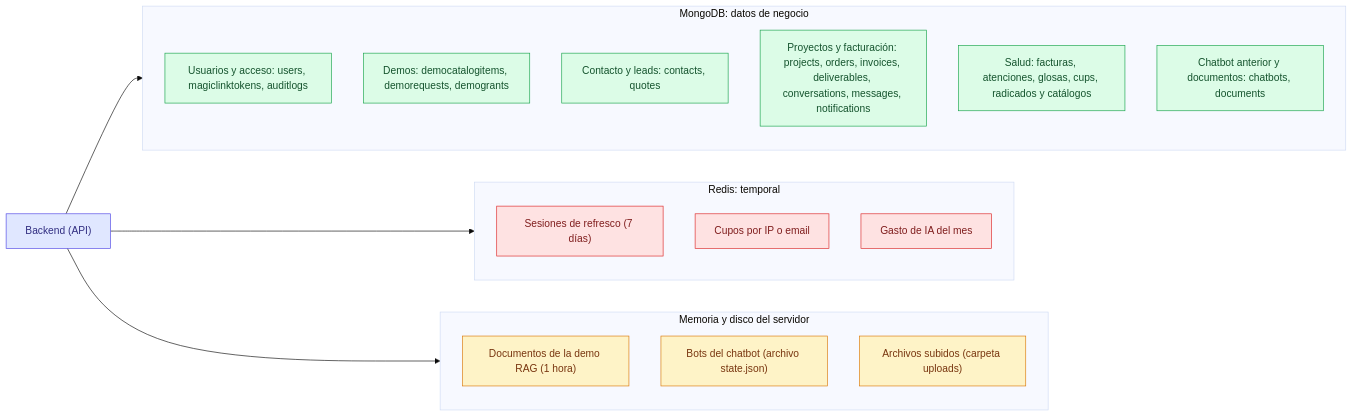
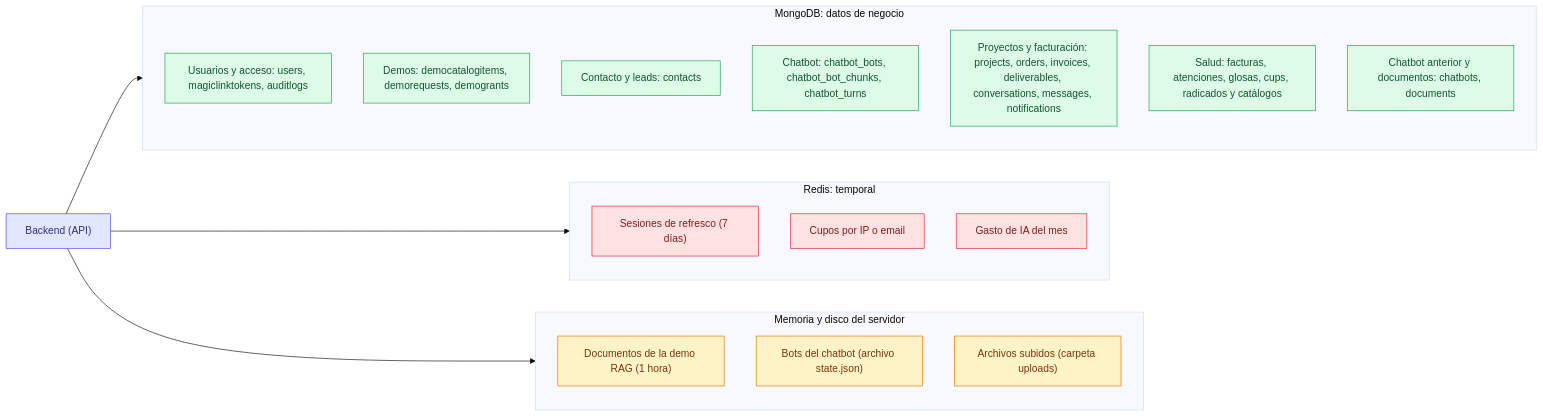
Before and after one commit to ronalc90/koptup: the first of 13 diagrams in docs/wiki/Doc-09-Modelos-de-Datos.md, drawn with Mermaid (base theme). The commit also changed other lines of this file and 245 other files, not shown here.

````diff
--- a/docs/wiki/Doc-09-Modelos-de-Datos.md
+++ b/docs/wiki/Doc-09-Modelos-de-Datos.md
@@ -26,34 +26,35 @@
 ```mermaid
 flowchart LR
     classDef mongo fill:#dcfce7,stroke:#16a34a,color:#14532d
     classDef redis fill:#fee2e2,stroke:#dc2626,color:#7f1d1d
     classDef mem fill:#fef3c7,stroke:#d97706,color:#78350f
     classDef api fill:#e0e7ff,stroke:#4f46e5,color:#312e81
 
     API["Backend (API)"]:::api
 
     subgraph MONGO["MongoDB: datos de negocio"]
         U["Usuarios y acceso: users, magiclinktokens, auditlogs"]:::mongo
         D["Demos: democatalogitems, demorequests, demogrants"]:::mongo
-        L["Contacto y leads: contacts, quotes"]:::mongo
+        L["Contacto y leads: contacts"]:::mongo
+        B["Chatbot: chatbot_bots, chatbot_bot_chunks, chatbot_turns"]:::mongo
         P["Proyectos y facturación: projects, orders, invoices, deliverables, conversations, messages, notifications"]:::mongo
         S["Salud: facturas, atenciones, glosas, cups, radicados y catálogos"]:::mongo
         C["Chatbot anterior y documentos: chatbots, documents"]:::mongo
     end
 
     subgraph REDIS["Redis: temporal"]
         R1["Sesiones de refresco (7 días)"]:::redis
         R2["Cupos por IP o email"]:::redis
         R3["Gasto de IA del mes"]:::redis
     end
 
     subgraph PROC["Memoria y disco del servidor"]
         M1["Documentos de la demo RAG (1 hora)"]:::mem
         M2["Bots del chatbot (archivo state.json)"]:::mem
         M3["Archivos subidos (carpeta uploads)"]:::mem
     end
 
     API --> MONGO
     API --> REDIS
     API --> PROC
 ```
````
